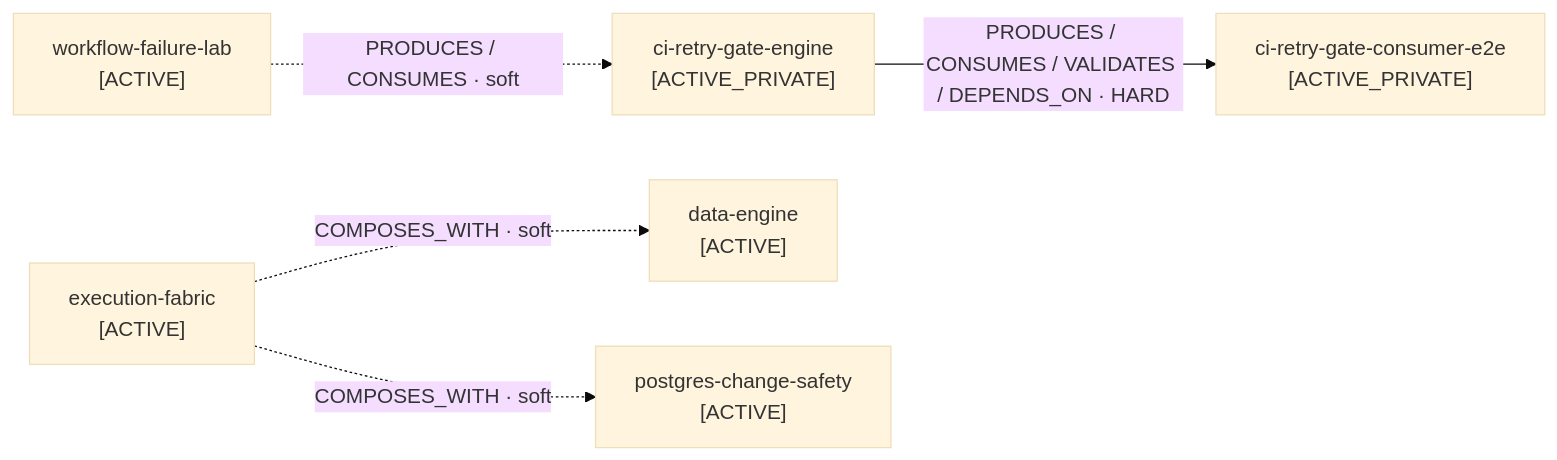
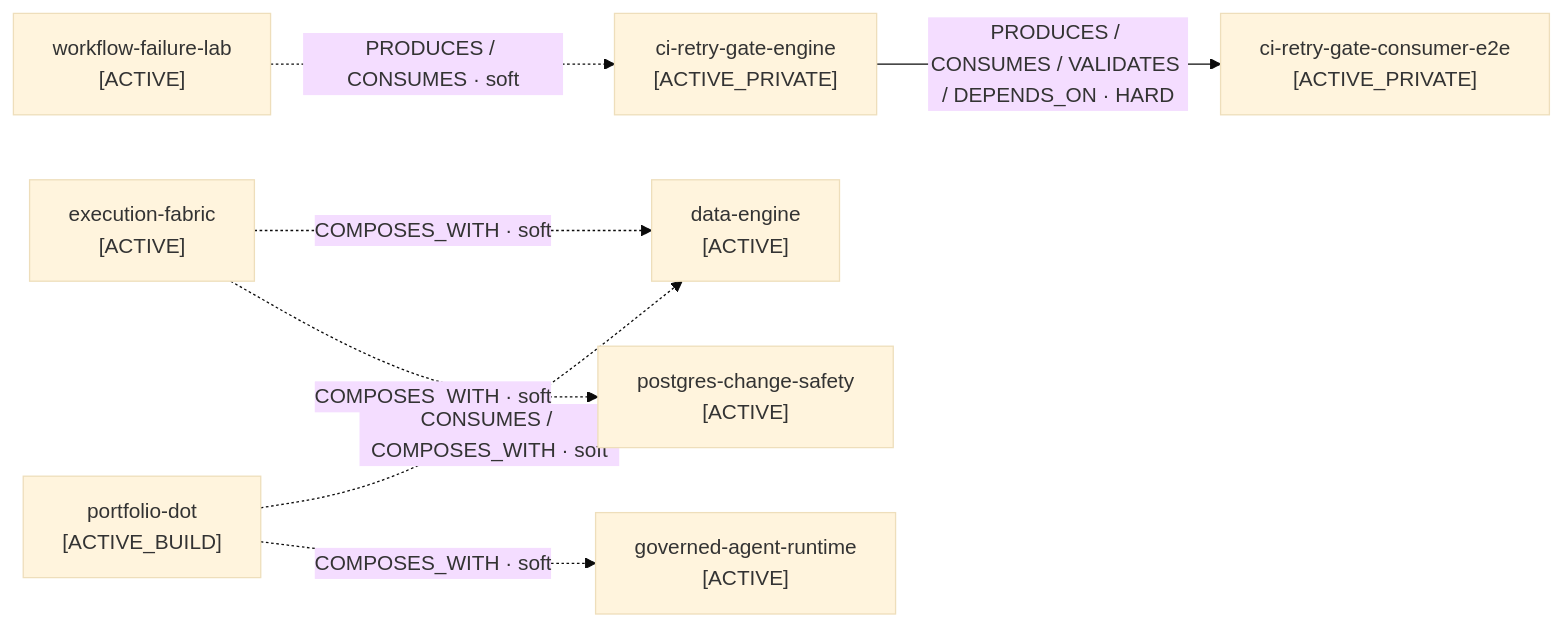
One commit to achirothmane/achirothmane changed the diagram in portfolio/DEPENDENCY-GRAPH.md. Above: the diagram before and after it, drawn with Mermaid (base theme). The commit also changed other lines of this file, not shown here.

Commit message:
portfolio: regenerate Dots dependency graph view

````diff
--- a/portfolio/DEPENDENCY-GRAPH.md
+++ b/portfolio/DEPENDENCY-GRAPH.md
@@ -16,13 +16,17 @@
 ```mermaid
 flowchart LR
     p_ci_retry_gate_consumer_e2e["ci-retry-gate-consumer-e2e\n[ACTIVE_PRIVATE]"]
     p_ci_retry_gate_engine["ci-retry-gate-engine\n[ACTIVE_PRIVATE]"]
     p_data_engine["data-engine\n[ACTIVE]"]
     p_execution_fabric["execution-fabric\n[ACTIVE]"]
+    p_governed_agent_runtime["governed-agent-runtime\n[ACTIVE]"]
+    p_portfolio_dot["portfolio-dot\n[ACTIVE_BUILD]"]
     p_postgres_change_safety["postgres-change-safety\n[ACTIVE]"]
     p_workflow_failure_lab["workflow-failure-lab\n[ACTIVE]"]
     p_ci_retry_gate_engine -->|"PRODUCES / CONSUMES / VALIDATES / DEPENDS_ON · HARD"| p_ci_retry_gate_consumer_e2e
     p_execution_fabric -.->|"COMPOSES_WITH · soft"| p_data_engine
     p_execution_fabric -.->|"COMPOSES_WITH · soft"| p_postgres_change_safety
+    p_portfolio_dot -.->|"CONSUMES / COMPOSES_WITH · soft"| p_data_engine
+    p_portfolio_dot -.->|"COMPOSES_WITH · soft"| p_governed_agent_runtime
     p_workflow_failure_lab -.->|"PRODUCES / CONSUMES · soft"| p_ci_retry_gate_engine
 ```
````
